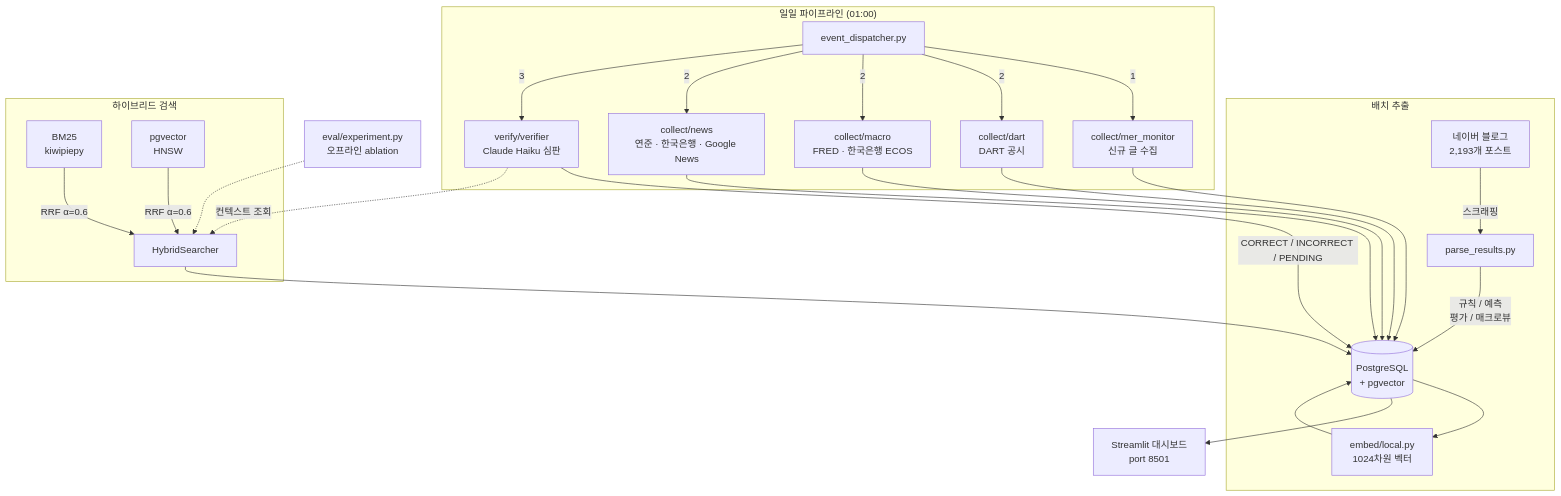
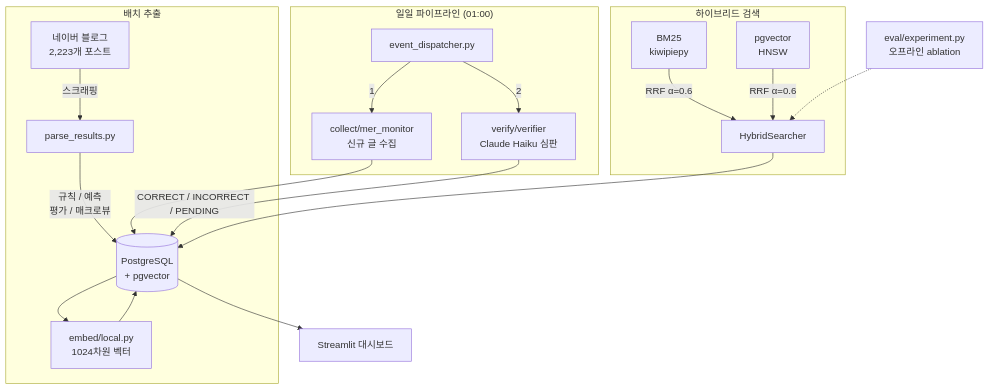
The diagram in README_KR.md (11e3/mer-insight-pipeline), drawn with Mermaid before and after one commit. The commit also changed other lines of this file and 23 other files, not shown here.

First line of the commit message:
refactor: remove DART/macro/news collection and external verification context

````diff
--- a/README_KR.md
+++ b/README_KR.md
@@ -13,31 +13,26 @@
 ```mermaid
 flowchart TD
     subgraph 배치 추출
-        A[네이버 블로그<br>2,193개 포스트] -->|스크래핑| B[parse_results.py]
+        A[네이버 블로그<br>2,223개 포스트] -->|스크래핑| B[parse_results.py]
         B -->|규칙 / 예측<br>평가 / 매크로뷰| C[(PostgreSQL<br>+ pgvector)]
         C --> EMB[embed/local.py<br>1024차원 벡터]
         EMB --> C
     end
 
     subgraph "일일 파이프라인 (01:00)"
         ED[event_dispatcher.py] -->|1| MER[collect/mer_monitor<br>신규 글 수집]
-        ED -->|2| DC[collect/dart<br>DART 공시]
-        ED -->|2| LM[collect/macro<br>FRED · 한국은행 ECOS]
-        ED -->|2| NC[collect/news<br>연준 · 한국은행 · Google News]
-        ED -->|3| PV[verify/verifier<br>Claude Haiku 심판]
+        ED -->|2| PV[verify/verifier<br>Claude Haiku 심판]
         MER --> C
-        DC & LM & NC --> C
         PV -->|CORRECT / INCORRECT / PENDING| C
     end
 
     subgraph 하이브리드 검색
         HS1[BM25<br>kiwipiepy] & HS2[pgvector<br>HNSW] -->|RRF α=0.6| HS3[HybridSearcher]
     end
 
-    PV -.->|컨텍스트 조회| HS3
     HS3 --> C
 
-    C --> Q[Streamlit 대시보드<br>port 8501]
+    C --> Q[Streamlit 대시보드]
 
     EV[eval/experiment.py<br>오프라인 ablation] -.-> HS3
 ```
````
